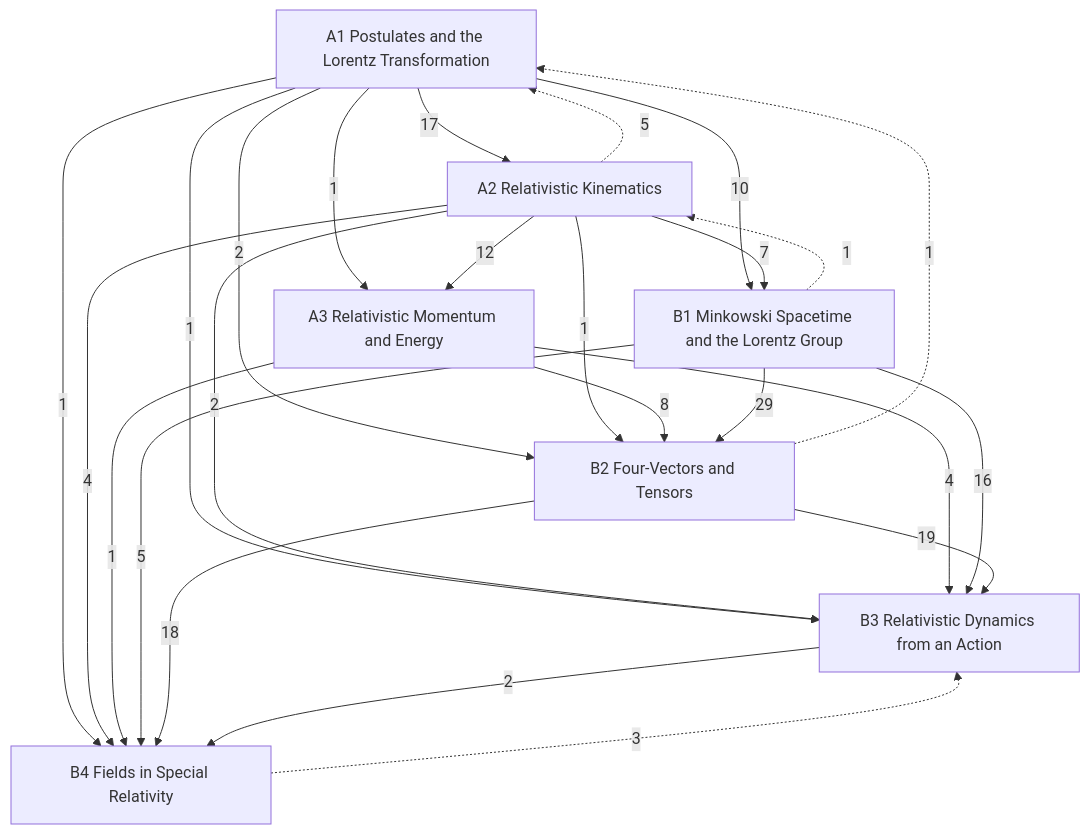
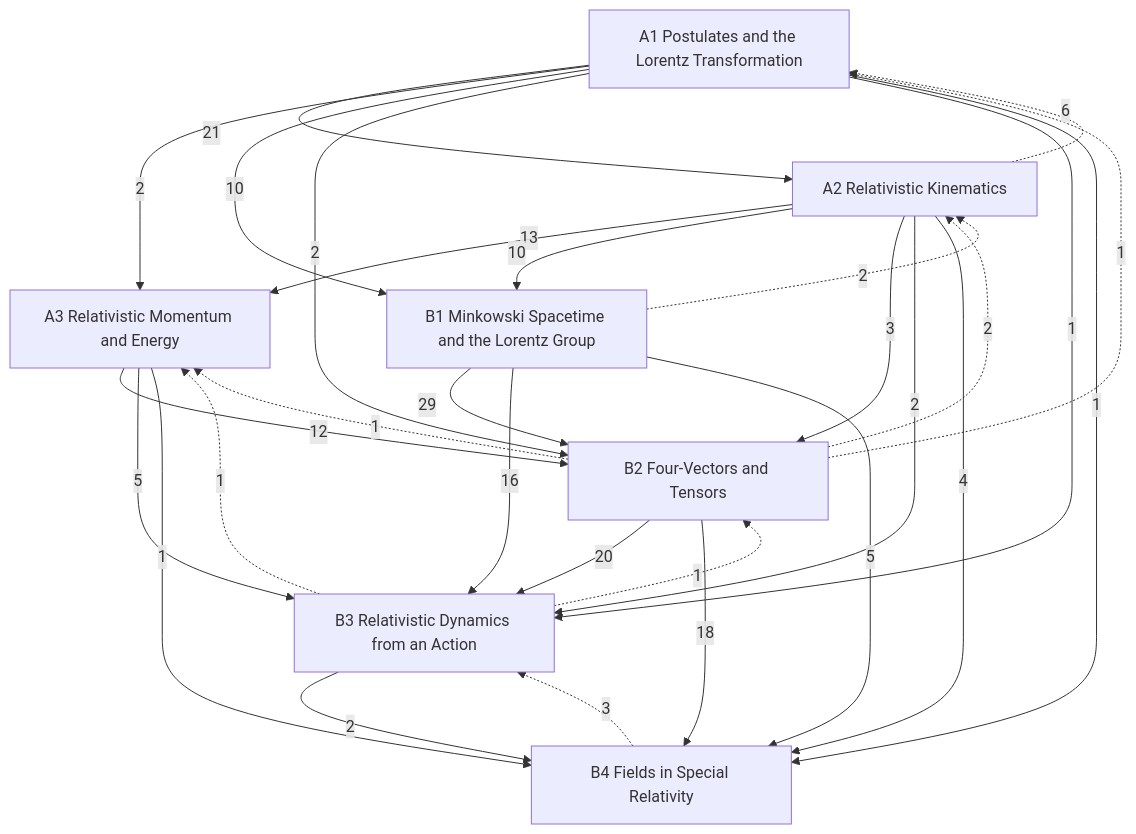
One commit to Onion20040508/notes changed the diagram in Physics/Relativity/Relativity.md. Above: the diagram before and after it, drawn with Mermaid. The commit also changed 18 other files, not shown here.

````diff
--- a/Physics/Relativity/Relativity.md
+++ b/Physics/Relativity/Relativity.md
@@ -28,34 +28,38 @@
 ```mermaid
 graph TD
   A1["A1 Postulates and the Lorentz Transformation"]
   A2["A2 Relativistic Kinematics"]
   A3["A3 Relativistic Momentum and Energy"]
   B1["B1 Minkowski Spacetime and the Lorentz Group"]
   B2["B2 Four-Vectors and Tensors"]
   B3["B3 Relativistic Dynamics from an Action"]
   B4["B4 Fields in Special Relativity"]
-  A1 -->|17| A2
-  A1 -->|1| A3
-  A2 -->|12| A3
+  A1 -->|21| A2
+  A1 -->|2| A3
+  A2 -->|13| A3
   A1 -->|10| B1
-  A2 -->|7| B1
+  A2 -->|10| B1
   A1 -->|2| B2
-  A2 -->|1| B2
-  A3 -->|8| B2
+  A2 -->|3| B2
+  A3 -->|12| B2
   B1 -->|29| B2
   A1 -->|1| B3
   A2 -->|2| B3
-  A3 -->|4| B3
+  A3 -->|5| B3
   B1 -->|16| B3
-  B2 -->|19| B3
+  B2 -->|20| B3
   A1 -->|1| B4
   A2 -->|4| B4
   A3 -->|1| B4
   B1 -->|5| B4
   B2 -->|18| B4
   B3 -->|2| B4
-  A2 -.->|5| A1
+  A2 -.->|6| A1
   B2 -.->|1| A1
-  B1 -.->|1| A2
+  B1 -.->|2| A2
+  B2 -.->|2| A2
+  B2 -.->|1| A3
+  B3 -.->|1| A3
+  B3 -.->|1| B2
   B4 -.->|3| B3
 ```
````
